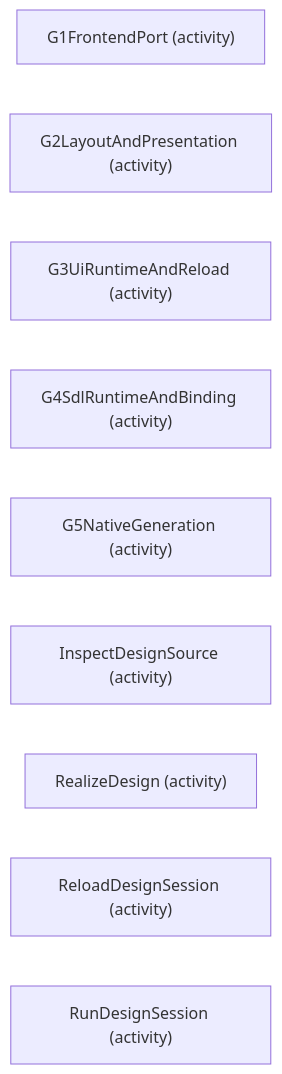
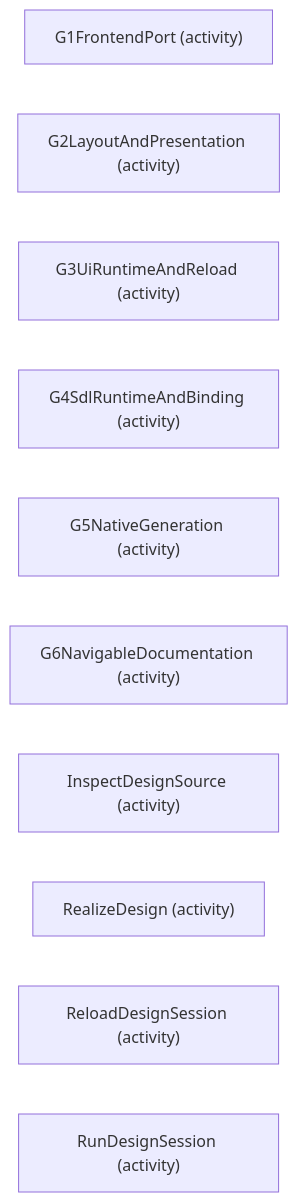
One commit to Hans-Einar/SDP changed the diagram in SDUI/design/viewpoints/diagrams/VP06-roots.mmd. Above: the diagram before and after it, drawn with Mermaid. The commit also changed 76 other files, not shown here.

```diff
--- a/SDUI/design/viewpoints/diagrams/VP06-roots.mmd
+++ b/SDUI/design/viewpoints/diagrams/VP06-roots.mmd
@@ -1,10 +1,11 @@
 flowchart LR
     n_G1FrontendPort["G1FrontendPort (activity)"]
     n_G2LayoutAndPresentation["G2LayoutAndPresentation (activity)"]
     n_G3UiRuntimeAndReload["G3UiRuntimeAndReload (activity)"]
     n_G4SdlRuntimeAndBinding["G4SdlRuntimeAndBinding (activity)"]
     n_G5NativeGeneration["G5NativeGeneration (activity)"]
+    n_G6NavigableDocumentation["G6NavigableDocumentation (activity)"]
     n_InspectDesignSource["InspectDesignSource (activity)"]
     n_RealizeDesign["RealizeDesign (activity)"]
     n_ReloadDesignSession["ReloadDesignSession (activity)"]
     n_RunDesignSession["RunDesignSession (activity)"]
```
